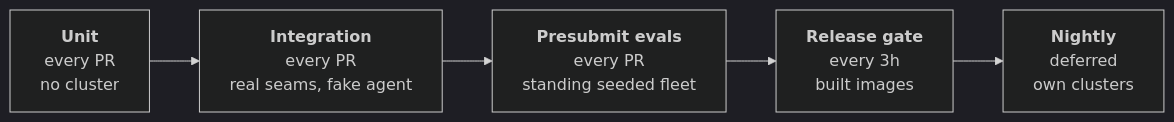
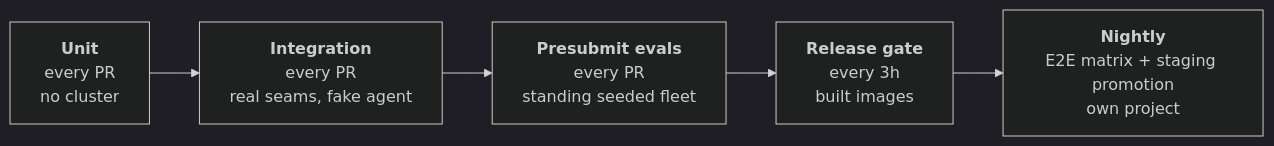
Before and after one commit to gke-agentic/kube-agents: the diagram in docs/designs/testing-strategy.md, drawn with Mermaid (dark theme). The commit also changed other lines of this file and 42 other files, not shown here.

````diff
--- a/docs/designs/testing-strategy.md
+++ b/docs/designs/testing-strategy.md
@@ -35,4 +35,4 @@
 ```mermaid
 flowchart LR
-    U["<b>Unit</b><br/>every PR<br/>no cluster"] --> I["<b>Integration</b><br/>every PR<br/>real seams, fake agent"] --> P["<b>Presubmit evals</b><br/>every PR<br/>standing seeded fleet"] --> G["<b>Release gate</b><br/>every 3h<br/>built images"] --> N["<b>Nightly</b><br/>deferred<br/>own clusters"]
+    U["<b>Unit</b><br/>every PR<br/>no cluster"] --> I["<b>Integration</b><br/>every PR<br/>real seams, fake agent"] --> P["<b>Presubmit evals</b><br/>every PR<br/>standing seeded fleet"] --> G["<b>Release gate</b><br/>every 3h<br/>built images"] --> N["<b>Nightly</b><br/>E2E matrix + staging promotion<br/>own project"]
 ```
````
